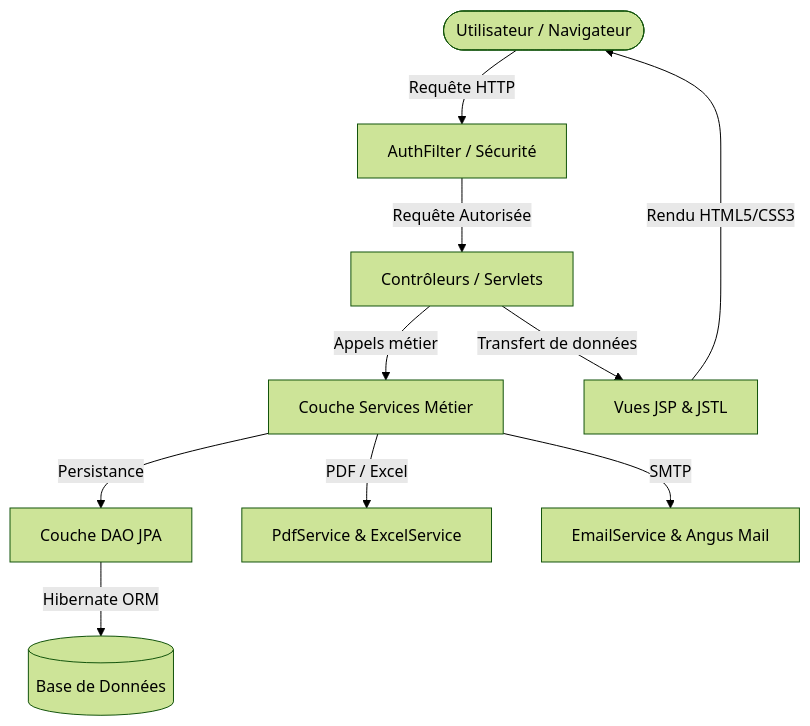
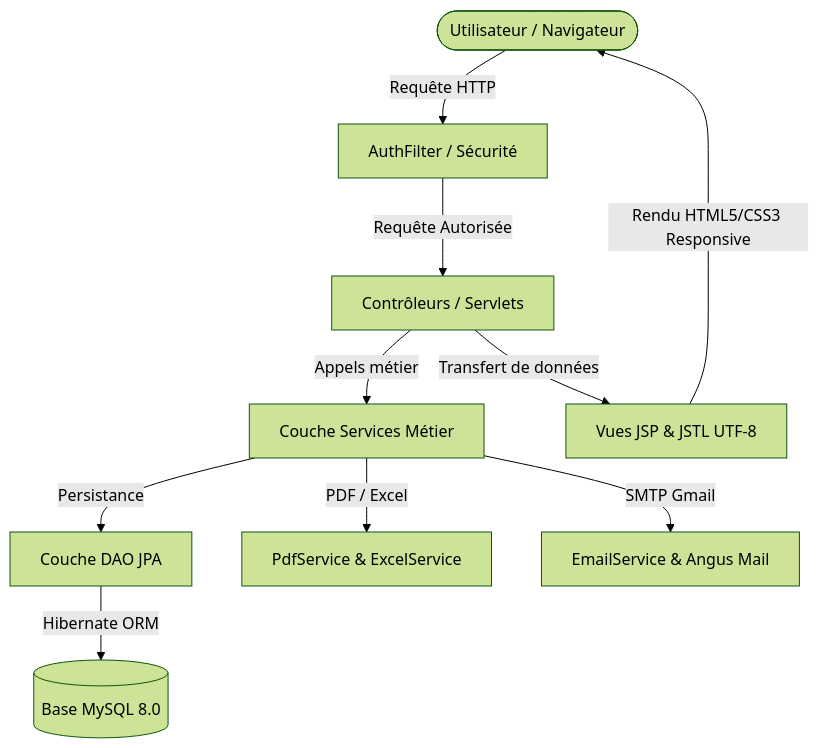
The first of 2 diagrams in RAPPORT_PROJET.md (eMb0811/projet_cotisation_java), drawn with Mermaid (forest theme) before and after one commit. The commit also changed other lines of this file and 19 other files, not shown here.

````diff
--- a/RAPPORT_PROJET.md
+++ b/RAPPORT_PROJET.md
@@ -57,12 +60,12 @@
 ```mermaid
 graph TD
     User([Utilisateur / Navigateur]) -->|Requête HTTP| AuthFilter[AuthFilter / Sécurité]
     AuthFilter -->|Requête Autorisée| Servlets[Contrôleurs / Servlets]
     Servlets -->|Appels métier| Services[Couche Services Métier]
     Services -->|Persistance| DAO[Couche DAO JPA]
     Services -->|PDF / Excel| Exporters[PdfService & ExcelService]
-    Services -->|SMTP| EmailService[EmailService & Angus Mail]
-    DAO -->|Hibernate ORM| DB[(Base de Données)]
-    Servlets -->|Transfert de données| Views[Vues JSP & JSTL]
-    Views -->|Rendu HTML5/CSS3| User
+    Services -->|SMTP Gmail| EmailService[EmailService & Angus Mail]
+    DAO -->|Hibernate ORM| DB[(Base MySQL 8.0)]
+    Servlets -->|Transfert de données| Views[Vues JSP & JSTL UTF-8]
+    Views -->|Rendu HTML5/CSS3 Responsive| User
 ```
````
